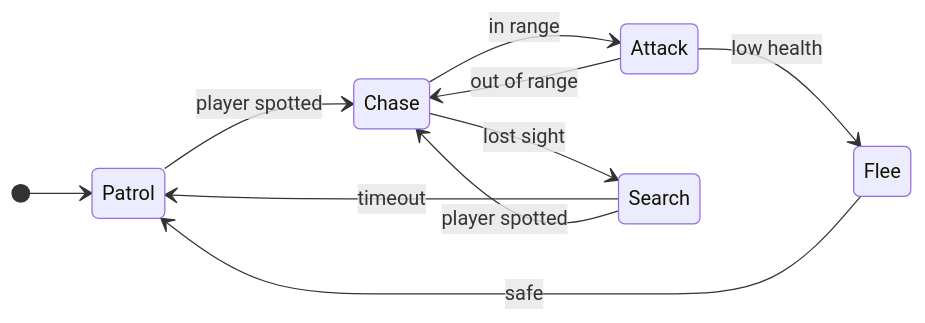
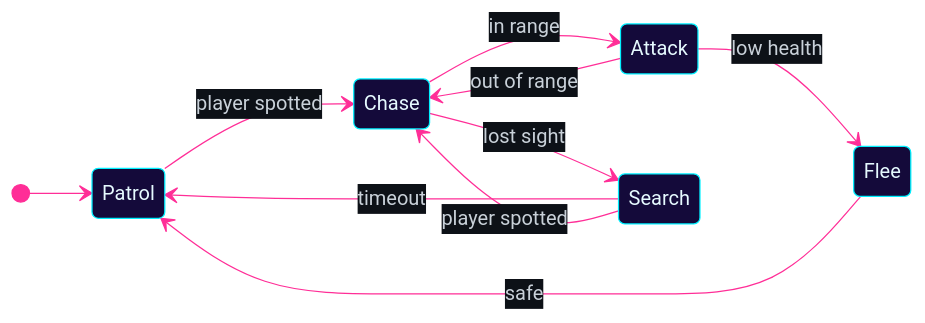
Before and after one commit to nbucci4325/nbucci4325: the first of 3 diagrams in README.md, drawn with Mermaid. The commit also changed other lines of this file and 4 other files, not shown here.

````diff
--- a/README.md
+++ b/README.md
@@ -30,13 +61,14 @@
 ```mermaid
+%%{init: {'theme':'base','themeVariables':{'background':'#0d1117','primaryColor':'#140a3a','primaryTextColor':'#e6faff','primaryBorderColor':'#00f0ff','lineColor':'#ff2e97','secondaryColor':'#1b1b3a','tertiaryColor':'#0d1117','edgeLabelBackground':'#0d1117','textColor':'#c9d1d9','fontFamily':'monospace'}}}%%
 stateDiagram-v2
     direction LR
     [*] --> Patrol
     Patrol --> Chase: player spotted
     Chase --> Attack: in range
     Attack --> Chase: out of range
     Chase --> Search: lost sight
     Search --> Patrol: timeout
     Search --> Chase: player spotted
     Attack --> Flee: low health
     Flee --> Patrol: safe
 ```
````
